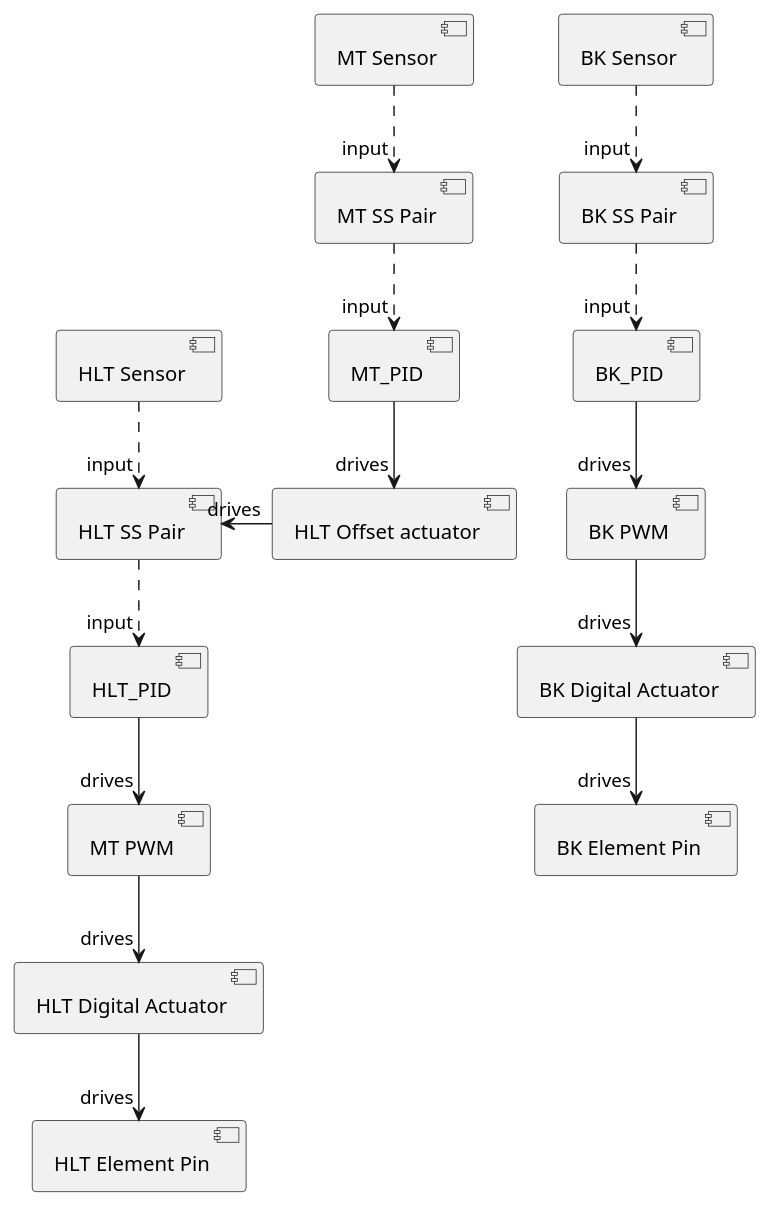
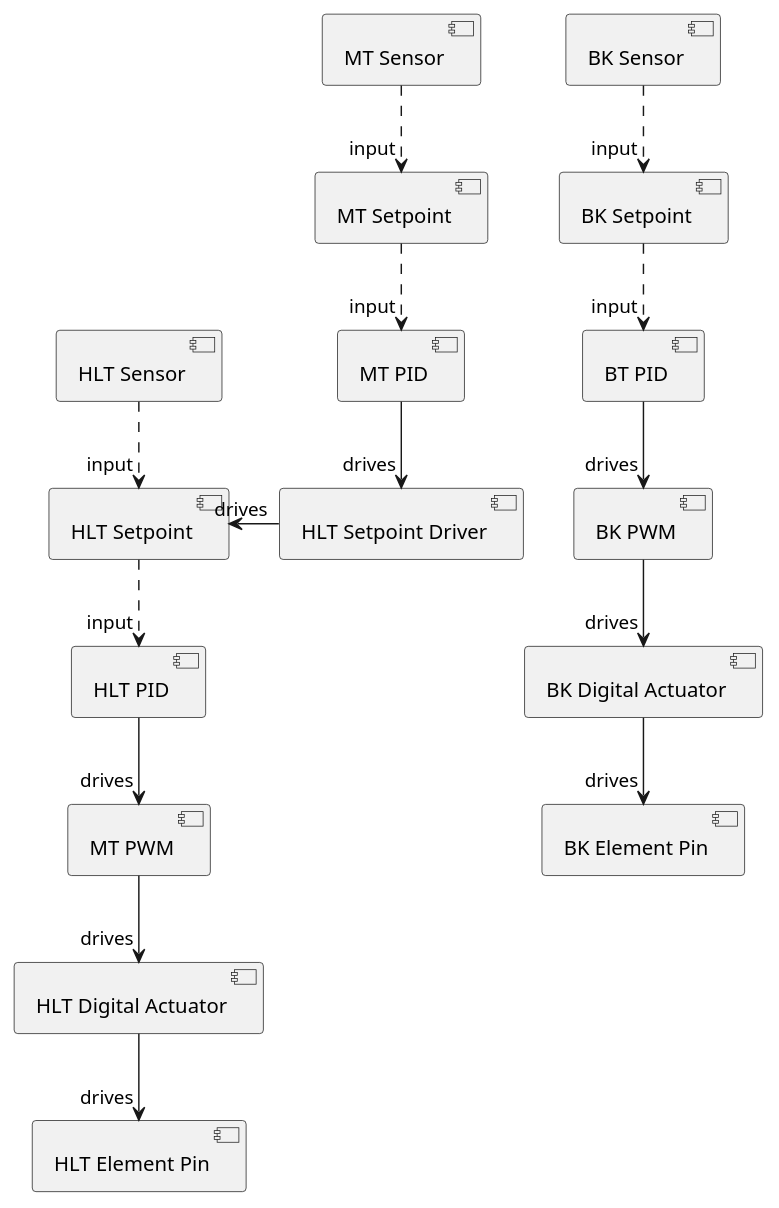
Before and after one commit to BrewBlox/brewblox-documentation: the diagram in docs/uml/herms_chain.puml, drawn with PlantUML. The commit also changed 5 other files, not shown here.

Commit message:
fix naming in plant uml

```diff
--- a/docs/uml/herms_chain.puml
+++ b/docs/uml/herms_chain.puml
@@ -1,40 +1,40 @@
 @startuml HERMS
-component HLT_PID
-component BK_PID
-component MT_PID
+component HLT_PID as "HLT PID"
+component BK_PID as "BT PID"
+component MT_PID as "MT PID"
 
 component HLT_PWM as "MT PWM"
 component BK_PWM as "BK PWM"
 
 component HLT_Digital as "HLT Digital Actuator"
 component BK_Digital as "BK Digital Actuator"
 
 component HLT_Pin as "HLT Element Pin"
 component BK_Pin as "BK Element Pin"
 
-component HLT_SSP as "HLT SS Pair"
-component MT_SSP as "MT SS Pair"
-component BK_SSP as "BK SS Pair"
+component HLT_SSP as "HLT Setpoint"
+component MT_SSP as "MT Setpoint"
+component BK_SSP as "BK Setpoint"
 component HLT_Sensor as "HLT Sensor"
 component BK_Sensor as "BK Sensor"
 component MT_Sensor as "MT Sensor"
-component HLT_Offset as "HLT Offset actuator"
+component HLT_Driver as "HLT Setpoint Driver"
 
 HLT_Sensor .down.> "input" HLT_SSP
 HLT_SSP .down.> "input" HLT_PID
 HLT_PID -down-> "drives" HLT_PWM
 HLT_PWM -down-> "drives" HLT_Digital
 HLT_Digital -down-> "drives" HLT_Pin
 
 MT_Sensor .down.> "input" MT_SSP
 MT_SSP .down.> "input" MT_PID
-MT_PID -down-> "drives" HLT_Offset
-HLT_Offset -left-> "drives" HLT_SSP
+MT_PID -down-> "drives" HLT_Driver
+HLT_Driver -left-> "drives" HLT_SSP
 
 BK_Sensor .down.> "input" BK_SSP
 BK_SSP .down.> "input" BK_PID
 BK_PID -down-> "drives" BK_PWM
 BK_PWM -down-> "drives" BK_Digital
 BK_Digital -down-> "drives" BK_Pin
 
 @enduml
```
